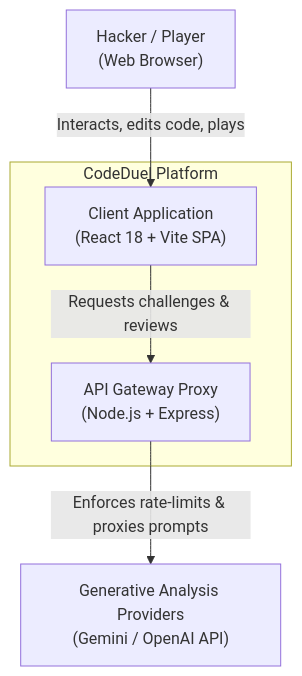
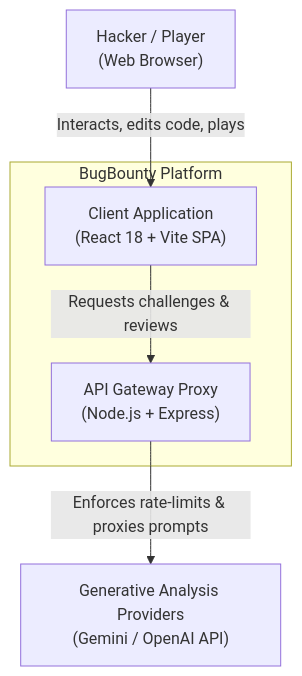
Before and after one commit to rishita7558/BugBounty: the first of 3 diagrams in docs/ARCHITECTURE.md, drawn with Mermaid. The commit also changed other lines of this file and 33 other files, not shown here.

First line of the commit message:
refactor(branding): replace CodeDuel with BugBounty across entire codebase

````diff
--- a/docs/ARCHITECTURE.md
+++ b/docs/ARCHITECTURE.md
@@ -36,15 +36,15 @@
 ```mermaid
 flowchart TD
     Player["Hacker / Player\n(Web Browser)"]
     
-    subgraph CodeDuelPlatform["CodeDuel Platform"]
+    subgraph BugBountyPlatform["BugBounty Platform"]
         ClientApp["Client Application\n(React 18 + Vite SPA)"]
         ServerProxy["API Gateway Proxy\n(Node.js + Express)"]
     end
     
     ExtLLM["Generative Analysis Providers\n(Gemini / OpenAI API)"]
     
     Player -->|"Interacts, edits code, plays"| ClientApp
     ClientApp -->|"Requests challenges & reviews"| ServerProxy
     ServerProxy -->|"Enforces rate-limits & proxies prompts"| ExtLLM
 ```
````
